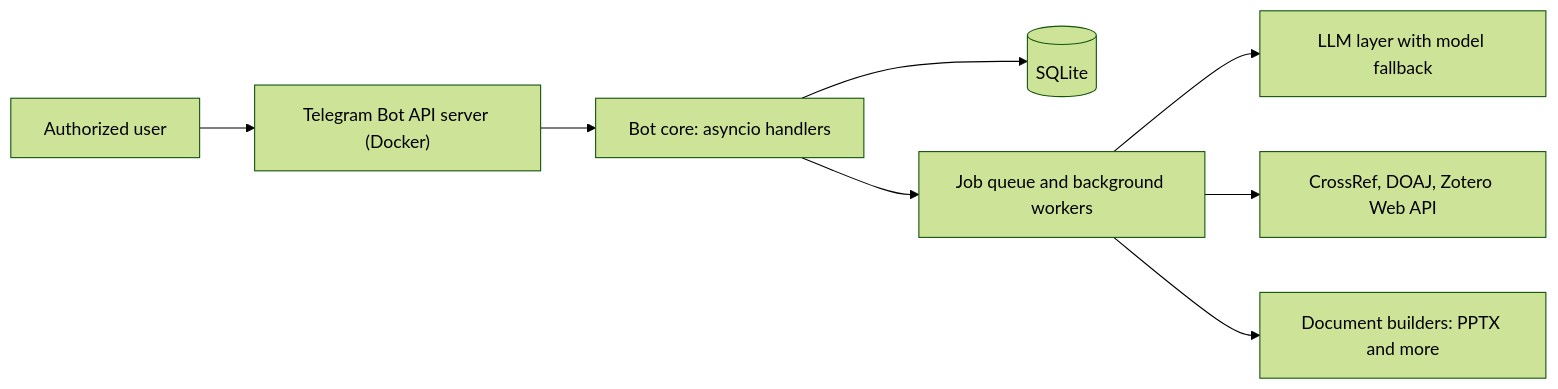
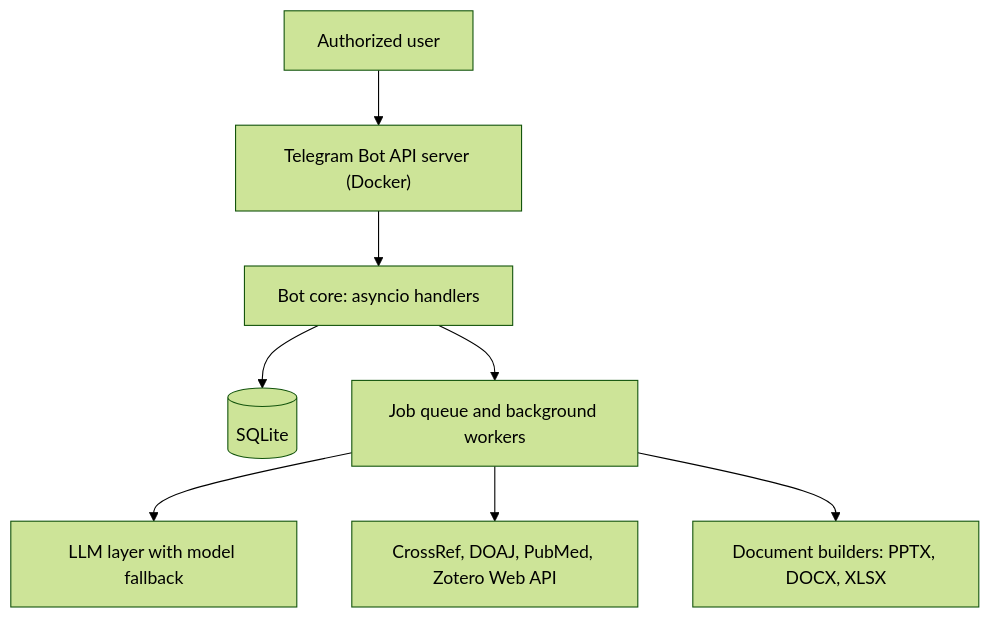
Before and after one commit to omidalighadr/samery-showcase: the diagram in README.md, drawn with Mermaid (forest theme). The commit also changed other lines of this file, not shown here.

````diff
--- a/README.md
+++ b/README.md
@@ -18,10 +72,10 @@
 ```mermaid
-flowchart LR
+flowchart TD
   U["Authorized user"] --> API["Telegram Bot API server (Docker)"]
   API --> CORE["Bot core: asyncio handlers"]
   CORE --> DB[("SQLite")]
   CORE --> Q["Job queue and background workers"]
   Q --> LLM["LLM layer with model fallback"]
-  Q --> EXT["CrossRef, DOAJ, Zotero Web API"]
-  Q --> DOC["Document builders: PPTX and more"]
+  Q --> EXT["CrossRef, DOAJ, PubMed, Zotero Web API"]
+  Q --> DOC["Document builders: PPTX, DOCX, XLSX"]
 ```
````
